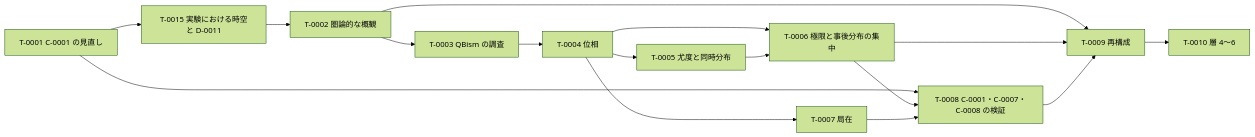
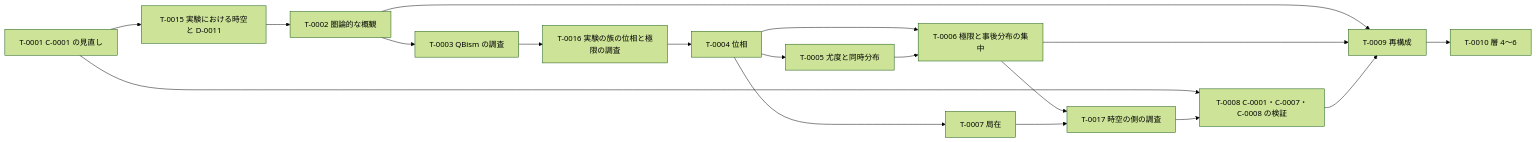
Before and after one commit to kittenkiki15/point-free-spacetime: the diagram in roadmap.md, drawn with Mermaid (forest theme). The commit also changed other lines of this file, not shown here.

````diff
--- a/roadmap.md
+++ b/roadmap.md
@@ -55,18 +58,20 @@
 ```mermaid
 flowchart LR
   T0001["T-0001 C-0001 の見直し"] --> T0015["T-0015 実験における時空と D-0011"]
   T0015 --> T0002["T-0002 圏論的な概観"]
   T0002 --> T0003["T-0003 QBism の調査"]
-  T0003 --> T0004["T-0004 位相"]
+  T0003 --> T0016["T-0016 実験の族の位相と極限の調査"]
+  T0016 --> T0004["T-0004 位相"]
   T0004 --> T0005["T-0005 尤度と同時分布"]
   T0004 --> T0006["T-0006 極限と事後分布の集中"]
   T0005 --> T0006
   T0004 --> T0007["T-0007 局在"]
   T0001 --> T0008["T-0008 C-0001・C-0007・C-0008 の検証"]
-  T0006 --> T0008
-  T0007 --> T0008
+  T0006 --> T0017["T-0017 時空の側の調査"]
+  T0007 --> T0017
+  T0017 --> T0008
   T0002 --> T0009["T-0009 再構成"]
   T0006 --> T0009
   T0008 --> T0009
   T0009 --> T0010["T-0010 層 4〜6"]
 ```
````
